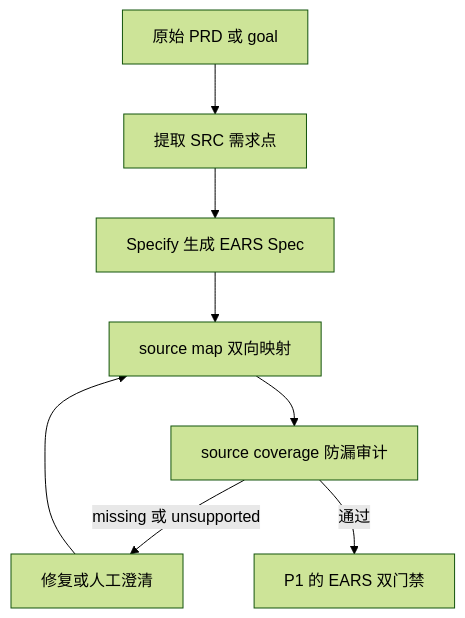
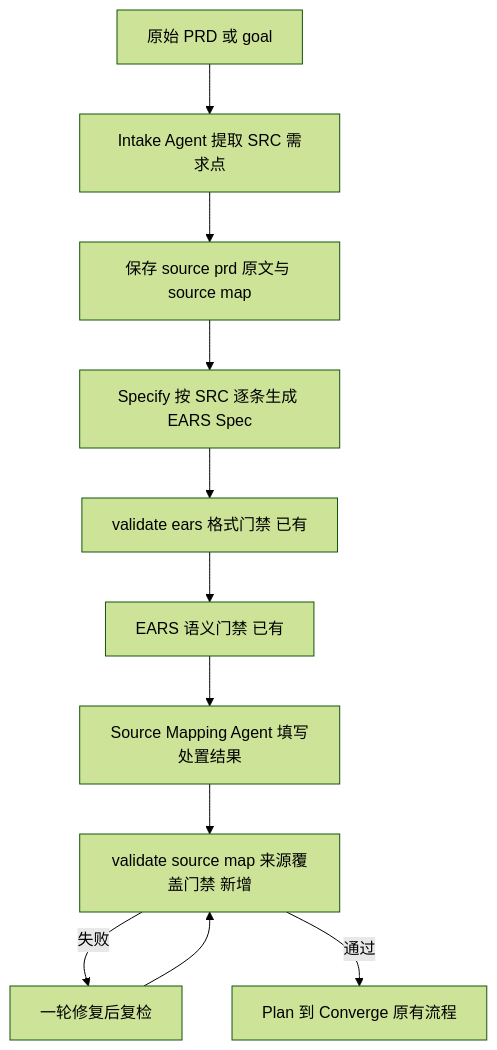
Before and after one commit to mickorz/spec-kit-workflow: the diagram in dev-docs/planning/EARS改造-P2-执行文档.md, drawn with Mermaid (forest theme). The commit also changed other lines of this file and 10 other files, not shown here.

Commit message:
feat(ears): EARS-P2 PRD 来源追踪与防漏审计——SRC 提取/来源映射/Source Coverage Gate/无依据新增拦截/prdHash 防改写

````diff
--- a/dev-docs/planning/EARS改造-P2-执行文档.md
+++ b/dev-docs/planning/EARS改造-P2-执行文档.md
@@ -62,10 +31,13 @@
 ```mermaid
 flowchart TD
-    A[原始 PRD 或 goal] --> B[提取 SRC 需求点]
-    B --> C[Specify 生成 EARS Spec]
-    C --> D[source map 双向映射]
-    D --> E[source coverage 防漏审计]
-    E -->|missing 或 unsupported| F[修复或人工澄清]
-    E -->|通过| G[P1 的 EARS 双门禁]
-    F --> D
+    A[原始 PRD 或 goal] --> B[Intake Agent 提取 SRC 需求点]
+    B --> C[保存 source prd 原文与 source map]
+    C --> D[Specify 按 SRC 逐条生成 EARS Spec]
+    D --> E[validate ears 格式门禁 已有]
+    E --> F[EARS 语义门禁 已有]
+    F --> G[Source Mapping Agent 填写处置结果]
+    G --> H[validate source map 来源覆盖门禁 新增]
+    H -->|失败| I[一轮修复后复检]
+    I --> H
+    H -->|通过| J[Plan 到 Converge 原有流程]
 ```
````
